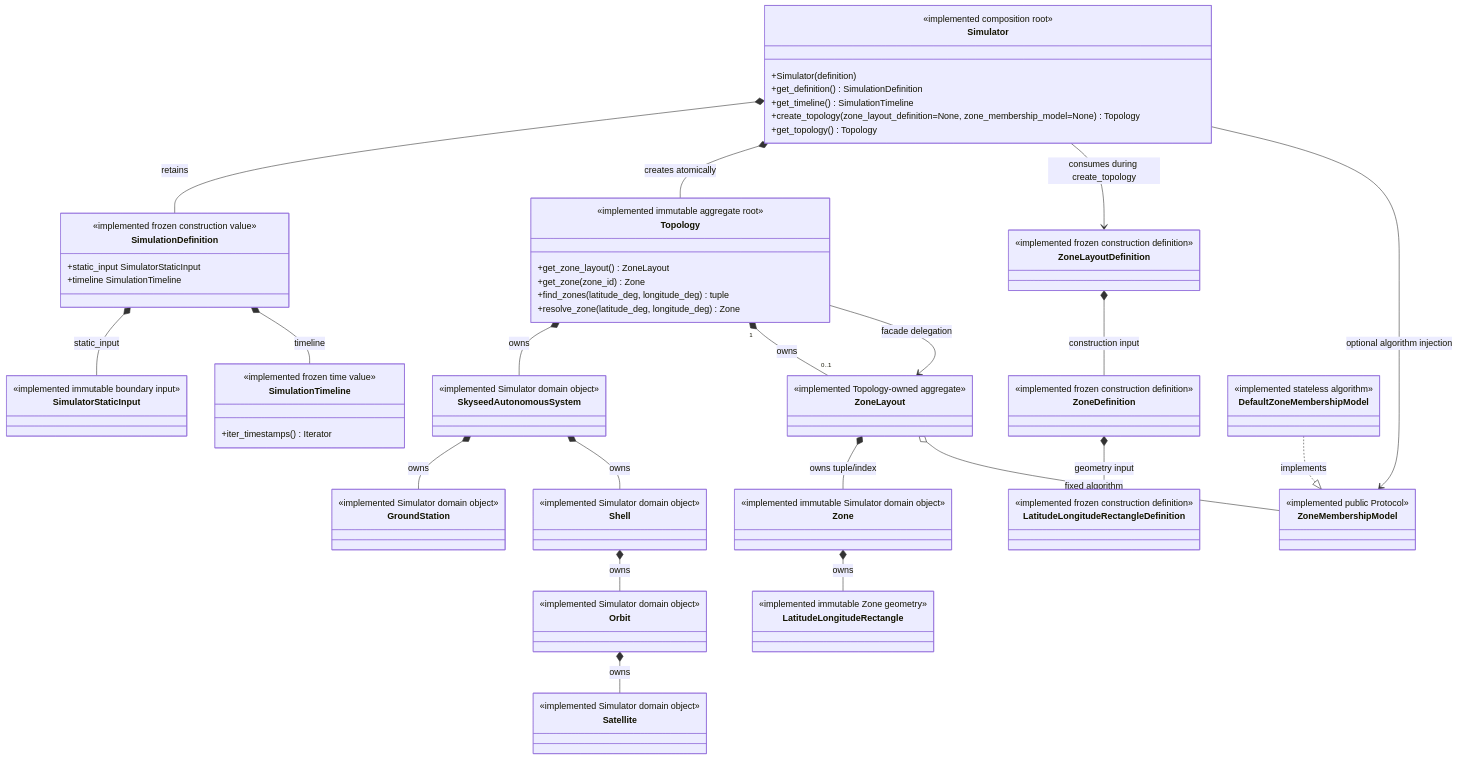
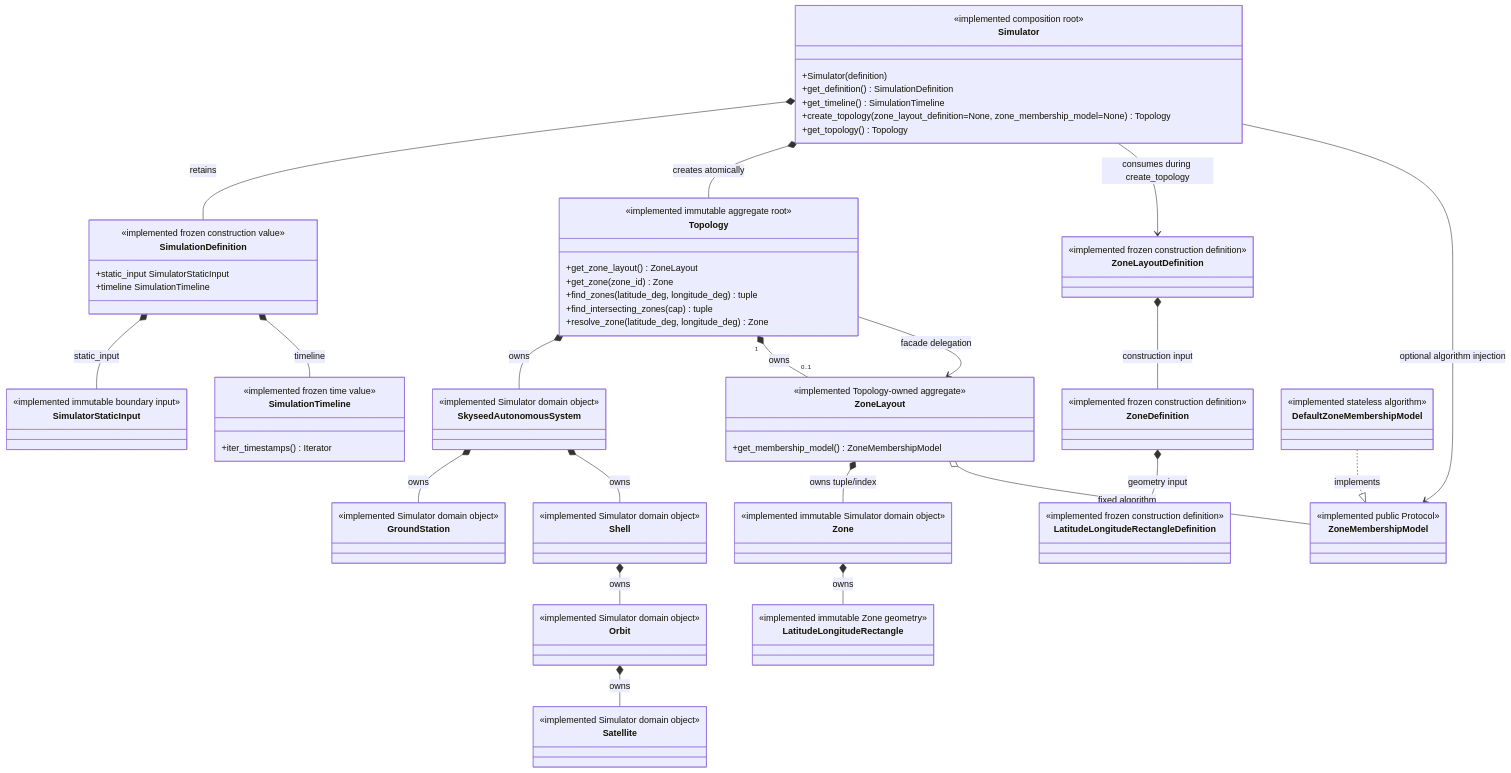
Before and after one commit to seed-labs/skyseed: the fourth of 4 diagrams in skyseed_v2/docs/architecture/emulator-public-construction-api.md, drawn with Mermaid. The commit also changed other lines of this file and 44 other files, not shown here.

```diff
--- a/skyseed_v2/docs/architecture/emulator-public-construction-api.md
+++ b/skyseed_v2/docs/architecture/emulator-public-construction-api.md
@@ -348,6 +359,7 @@
         +get_zone_layout() ZoneLayout
         +get_zone(zone_id) Zone
         +find_zones(latitude_deg, longitude_deg) tuple
+        +find_intersecting_zones(cap) tuple
         +resolve_zone(latitude_deg, longitude_deg) Zone
     }
     class SkyseedAutonomousSystem {
@@ -382,6 +394,7 @@
     }
     class ZoneLayout {
         <<implemented Topology-owned aggregate>>
+        +get_membership_model() ZoneMembershipModel
     }
     class ZoneMembershipModel {
         <<implemented public Protocol>>
```
